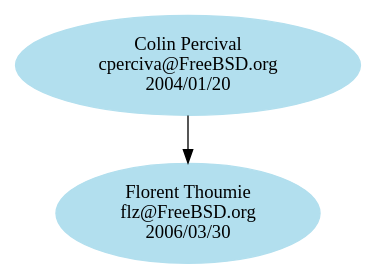
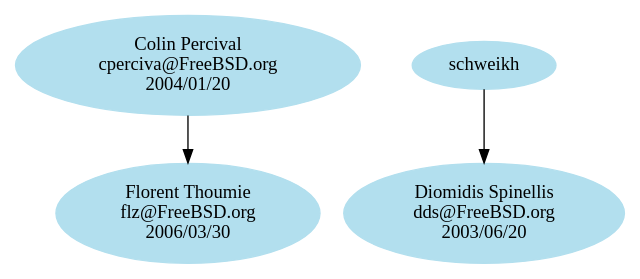
One commit to kelvinyu/unix-history-repo changed the diagram in share/misc/committers-src.dot. Above: the diagram before and after it, drawn with Graphviz.

```diff
--- a/share/misc/committers-src.dot
+++ b/share/misc/committers-src.dot
@@ -1,20 +1,22 @@
 # $FreeBSD$
 
 digraph src {
 
 node [color=grey62, style=filled, bgcolor=black];
 
 # Alumni go here.
 
 node [color=lightblue2, style=filled, bgcolor=black];
 
 # Current src committers go here. Try to keep things sorted.
 
 cperciva [label="Colin Percival\ncperciva@FreeBSD.org\n2004/01/20"]
+dds [label="Diomidis Spinellis\ndds@FreeBSD.org\n2003/06/20"]
 flz [label="Florent Thoumie\nflz@FreeBSD.org\n2006/03/30"]
 
 # Here are the mentor/mentee relationships.
 
 cperciva -> flz
+schweikh -> dds
 
 }
```
